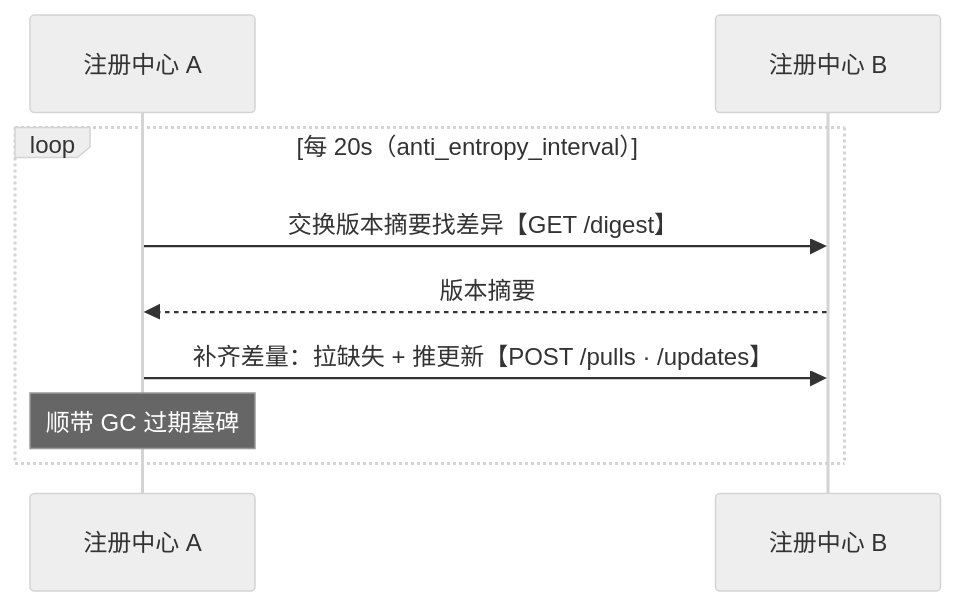
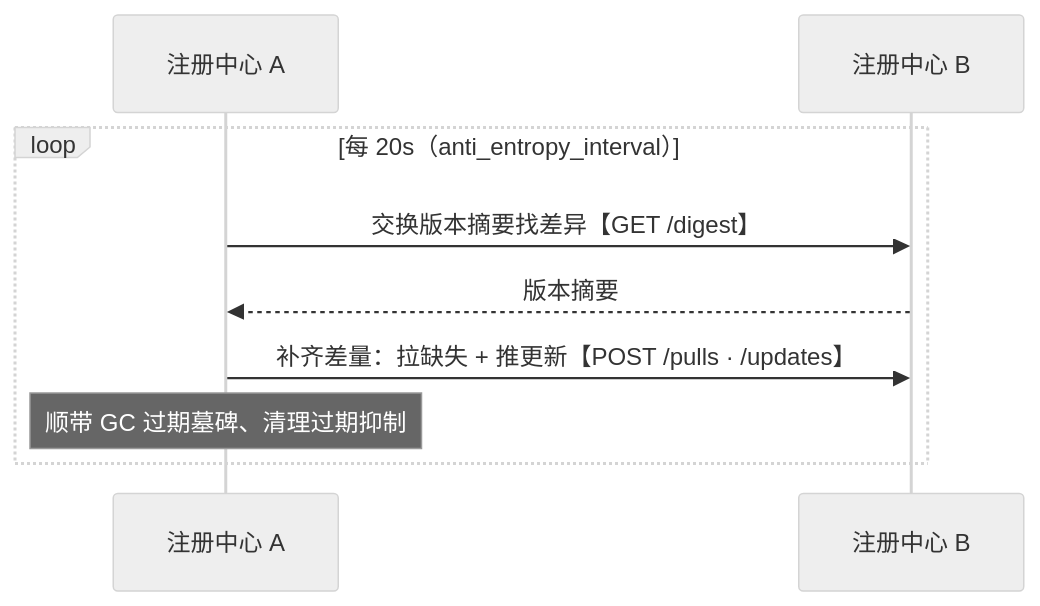
One commit to Weizheng96/A2X-registry changed the fourth of 6 diagrams in docs/cluster_design.md. Above: the diagram before and after it, drawn with Mermaid (neutral theme). The commit also changed other lines of this file and 17 other files, not shown here.

````diff
--- a/docs/cluster_design.md
+++ b/docs/cluster_design.md
@@ -126,11 +121,11 @@
 ```mermaid
 sequenceDiagram
     participant A as 注册中心 A
     participant B as 注册中心 B
     loop 每 20s（anti_entropy_interval）
         A->>B: 交换版本摘要找差异【GET /digest】
         B-->>A: 版本摘要
         A->>B: 补齐差量：拉缺失 + 推更新【POST /pulls · /updates】
-        Note over A: 顺带 GC 过期墓碑
+        Note over A: 顺带 GC 过期墓碑、清理过期抑制
     end
 ```
````
